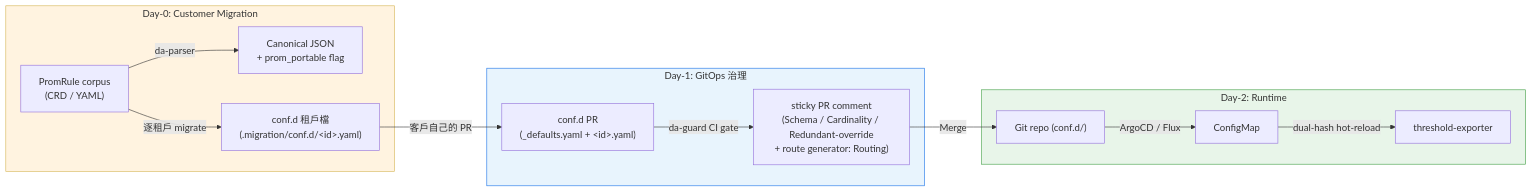
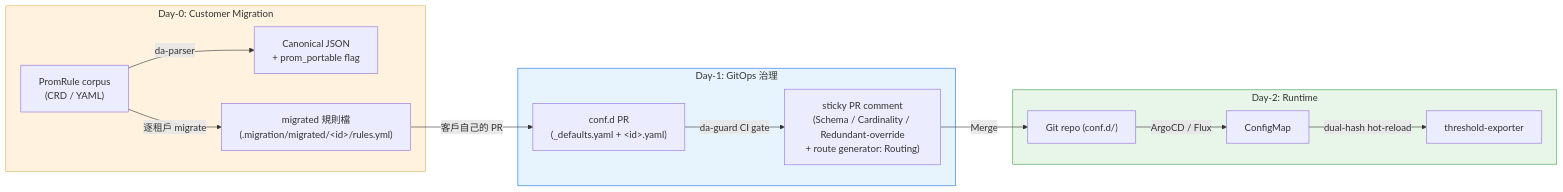
The third of 3 diagrams in docs/architecture-and-design.md (vencil/Dynamic-Alerting-Integrations), drawn with Mermaid before and after one commit. The commit also changed other lines of this file and 90 other files, not shown here.

````diff
--- a/docs/architecture-and-design.md
+++ b/docs/architecture-and-design.md
@@ -163,22 +163,22 @@
 ```mermaid
 graph LR
     subgraph Day0["Day-0: Customer Migration"]
         PR["PromRule corpus<br/>(CRD / YAML)"] -->|da-parser| JSON["Canonical JSON<br/>+ prom_portable flag"]
-        PR -->|逐租戶 migrate| MIG["conf.d 租戶檔<br/>(.migration/conf.d/&lt;id&gt;.yaml)"]
+        PR -->|逐租戶 migrate| MIG["migrated 規則檔<br/>(.migration/migrated/&lt;id&gt;/rules.yml)"]
     end
 
     subgraph Day1["Day-1: GitOps 治理"]
         MIG -->|客戶自己的 PR| PR2["conf.d PR<br/>(_defaults.yaml + &lt;id&gt;.yaml)"]
         PR2 -->|da-guard CI gate| LINT["sticky PR comment<br/>(Schema / Cardinality / Redundant-override<br/>+ route generator: Routing)"]
     end
 
     subgraph Day2["Day-2: Runtime"]
         LINT -->|Merge| GIT["Git repo (conf.d/)"]
         GIT -->|ArgoCD / Flux| CM["ConfigMap"]
         CM -->|dual-hash hot-reload| TE["threshold-exporter"]
     end
 
     style Day0 fill:#fff3e0,stroke:#d6b656
     style Day1 fill:#e8f4fd,stroke:#1a73e8
     style Day2 fill:#e8f5e9,stroke:#43a047
 ```
````
